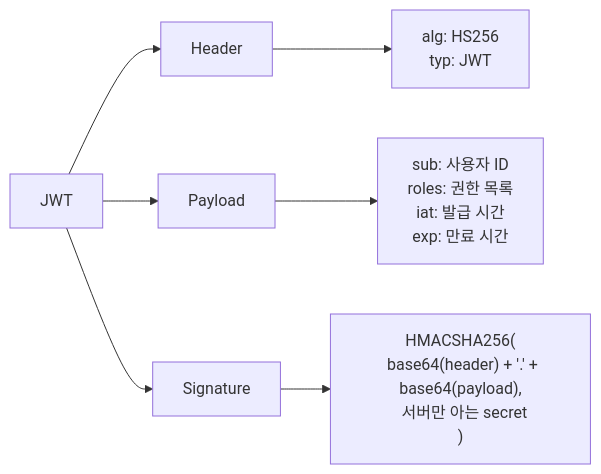
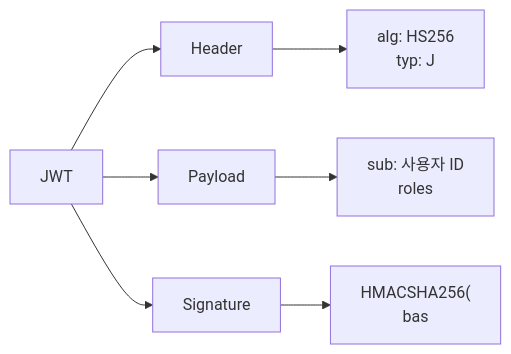
The third of 7 diagrams in _posts/spring/2026-05-02-spring-security-deep.md (yjkim2015/yjkim2015.github.io), drawn with Mermaid before and after one commit. The commit also changed other lines of this file and 271 other files, not shown here.

First line of the commit message:
Mermaid 라벨 축소: 긴 노드 텍스트 18자 이하로 트림 + \n 제거

````diff
--- a/_posts/spring/2026-05-02-spring-security-deep.md
+++ b/_posts/spring/2026-05-02-spring-security-deep.md
@@ -214,9 +214,9 @@
 ```mermaid
 graph LR
     A[JWT] --> B[Header]
     A --> C[Payload]
     A --> D[Signature]
-    B --> E["alg: HS256\ntyp: JWT"]
-    C --> F["sub: 사용자 ID\nroles: 권한 목록\niat: 발급 시간\nexp: 만료 시간"]
-    D --> G["HMACSHA256(\n  base64(header) + '.' + base64(payload),\n  서버만 아는 secret\n)"]
+    B --> E["alg: HS256\ntyp: J"]
+    C --> F["sub: 사용자 ID\nroles"]
+    D --> G["HMACSHA256(\n  bas"]
 ```
````
